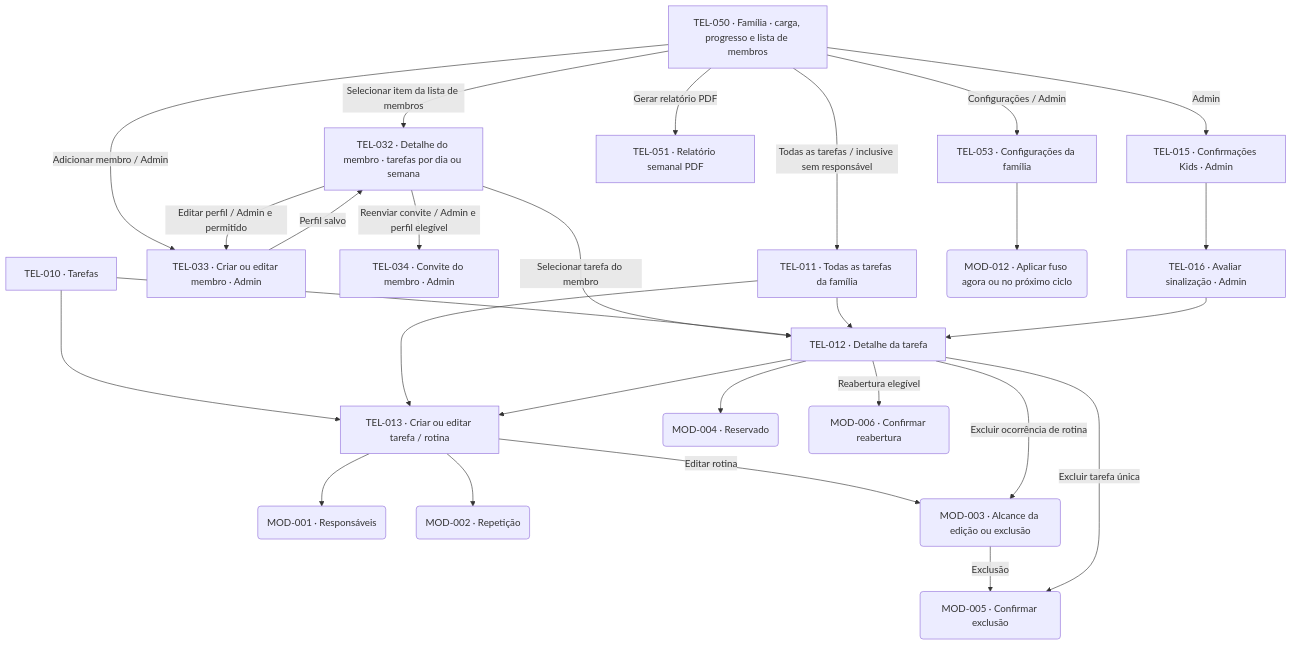
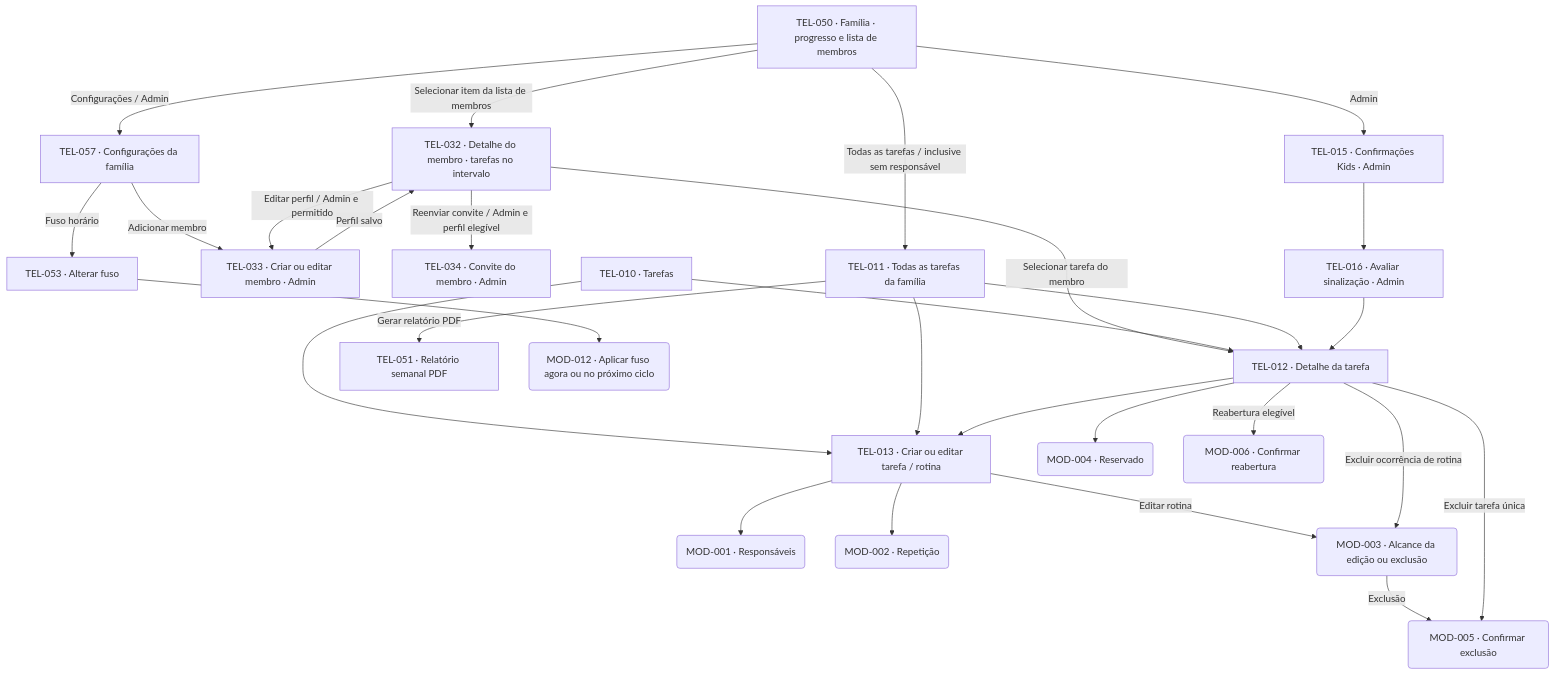
Before and after one commit to lizandramalta/App-Rotina-Familiar: the second of 6 diagrams in docs/design/screen-map.md, drawn with Mermaid. The commit also changed other lines of this file and 94 other files, not shown here.

````diff
--- a/docs/design/screen-map.md
+++ b/docs/design/screen-map.md
@@ -74,46 +74,47 @@
 ```mermaid
 flowchart TD
     T010["TEL-010 · Tarefas"]
-    T050["TEL-050 · Família · carga, progresso e lista de membros"]
-    T032["TEL-032 · Detalhe do membro · tarefas por dia ou semana"]
+    T050["TEL-050 · Família · progresso e lista de membros"]
+    T032["TEL-032 · Detalhe do membro · tarefas no intervalo"]
     T033["TEL-033 · Criar ou editar membro · Admin"]
     T034["TEL-034 · Convite do membro · Admin"]
     T011["TEL-011 · Todas as tarefas da família"]
     T012["TEL-012 · Detalhe da tarefa"]
     T013["TEL-013 · Criar ou editar tarefa / rotina"]
     T015["TEL-015 · Confirmações Kids · Admin"]
     T016["TEL-016 · Avaliar sinalização · Admin"]
     T051["TEL-051 · Relatório semanal PDF"]
     M001("MOD-001 · Responsáveis")
     M002("MOD-002 · Repetição")
     M003("MOD-003 · Alcance da edição ou exclusão")
     M004("MOD-004 · Reservado")
     M005("MOD-005 · Confirmar exclusão")
     M006("MOD-006 · Confirmar reabertura")
     T050 -->|Selecionar item da lista de membros| T032
-    T050 -->|Adicionar membro / Admin| T033
+    T050 -->|Configurações / Admin| T057["TEL-057 · Configurações da família"]
+    T057 -->|Adicionar membro| T033
     T032 -->|Editar perfil / Admin e permitido| T033
     T032 -->|Reenviar convite / Admin e perfil elegível| T034
     T032 -->|Selecionar tarefa do membro| T012
     T033 -->|Perfil salvo| T032
     T050 -->|Todas as tarefas / inclusive sem responsável| T011
-    T050 -->|Gerar relatório PDF| T051
-    T050 -->|Configurações / Admin| T053["TEL-053 · Configurações da família"]
+    T011 -->|Gerar relatório PDF| T051
+    T057 -->|Fuso horário| T053["TEL-053 · Alterar fuso"]
     T053 --> M012("MOD-012 · Aplicar fuso agora ou no próximo ciclo")
     T050 -->|Admin| T015
     T010 --> T012
     T010 --> T013
     T011 --> T012
     T011 --> T013
     T012 --> T013
     T013 --> M001
     T013 --> M002
     T013 -->|Editar rotina| M003
     T012 --> M004
     T012 -->|Excluir ocorrência de rotina| M003
     M003 -->|Exclusão| M005
     T012 -->|Excluir tarefa única| M005
     T012 -->|Reabertura elegível| M006
     T015 --> T016
     T016 --> T012
 ```
````
